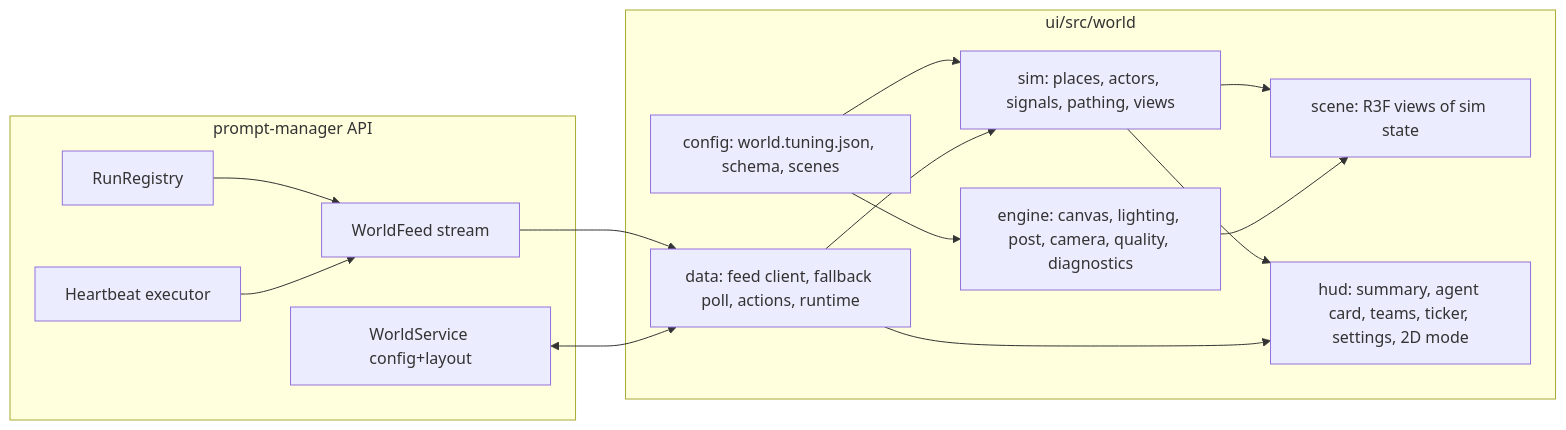
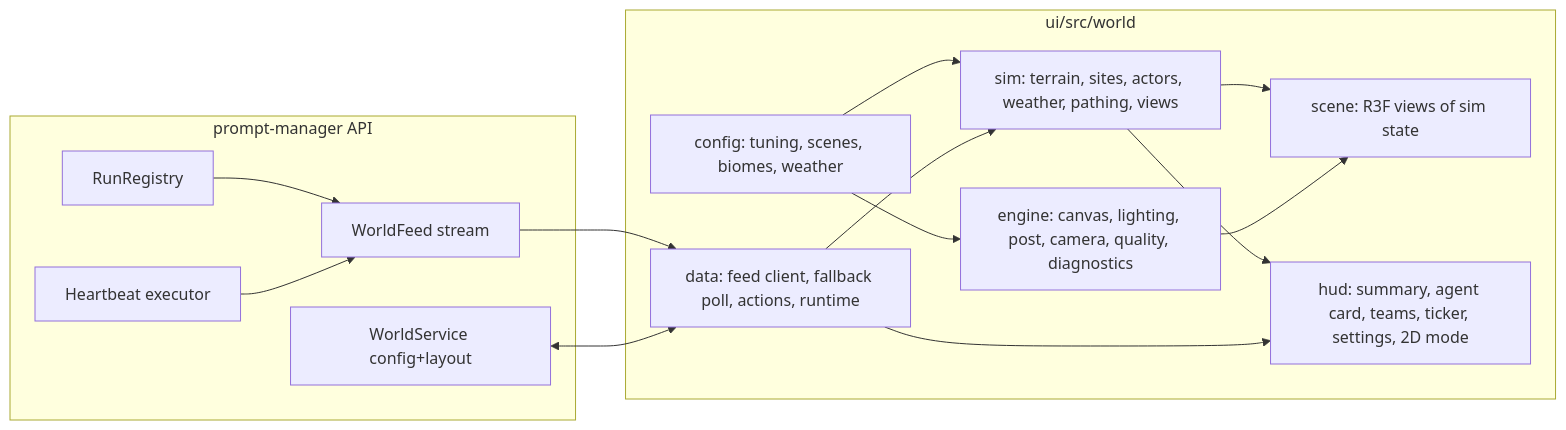
The diagram in scenarios/prompt-manager/docs/concepts/WORLD-ARCHITECTURE.md (Vrooli/Vrooli), drawn with Mermaid before and after one commit. The commit also changed other lines of this file and 186 other files, not shown here.

````diff
--- a/scenarios/prompt-manager/docs/concepts/WORLD-ARCHITECTURE.md
+++ b/scenarios/prompt-manager/docs/concepts/WORLD-ARCHITECTURE.md
@@ -14,25 +14,25 @@
 ```mermaid
 flowchart LR
   subgraph server[prompt-manager API]
     RR[RunRegistry] --> WF[WorldFeed stream]
     HB[Heartbeat executor] --> WF
     WS[WorldService config+layout]
   end
   subgraph ui[ui/src/world]
-    CONFIG[config: world.tuning.json, schema, scenes]
-    SIM[sim: places, actors, signals, pathing, views]
+    CONFIG[config: tuning, scenes, biomes, weather]
+    SIM[sim: terrain, sites, actors, weather, pathing, views]
     ENGINE[engine: canvas, lighting, post, camera, quality, diagnostics]
     SCENE[scene: R3F views of sim state]
     HUD[hud: summary, agent card, teams, ticker, settings, 2D mode]
     DATA[data: feed client, fallback poll, actions, runtime]
     CONFIG --> SIM
     CONFIG --> ENGINE
     SIM --> SCENE
     ENGINE --> SCENE
     SIM --> HUD
     DATA --> SIM
     DATA --> HUD
   end
   WF --> DATA
   WS <--> DATA
 ```
````
